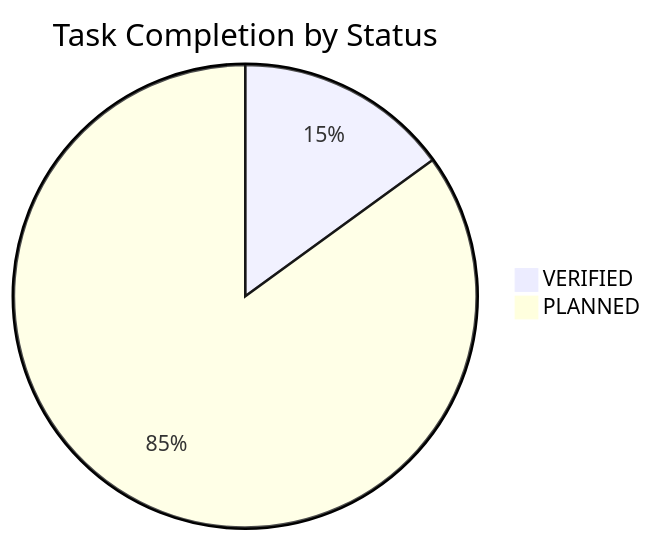
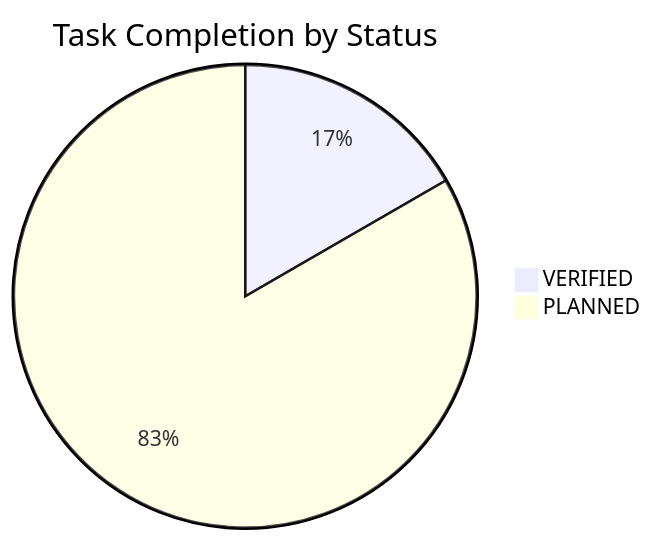
The diagram in docs/TASK_BOARD.md (NguyenTriBaoThang/ClearWayAI), drawn with Mermaid before and after one commit. The commit also changed other lines of this file and 10 other files, not shown here.

````diff
--- a/docs/TASK_BOARD.md
+++ b/docs/TASK_BOARD.md
@@ -16,5 +16,5 @@
 ```mermaid
 pie title Task Completion by Status
-    "VERIFIED" : 9
-    "PLANNED" : 51
+    "VERIFIED" : 10
+    "PLANNED" : 50
 ```
````
